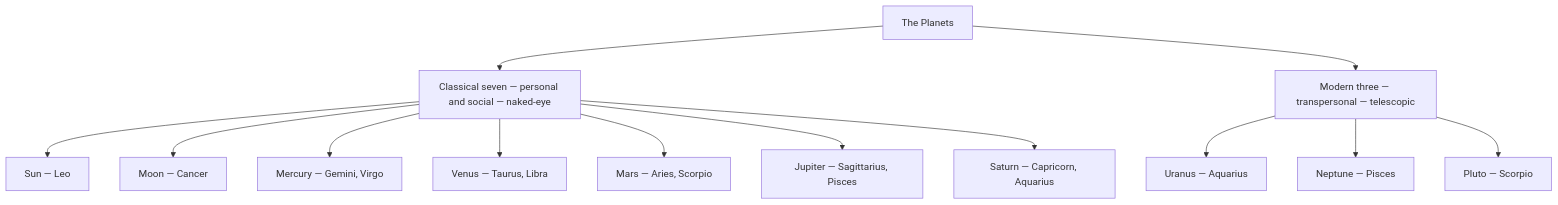
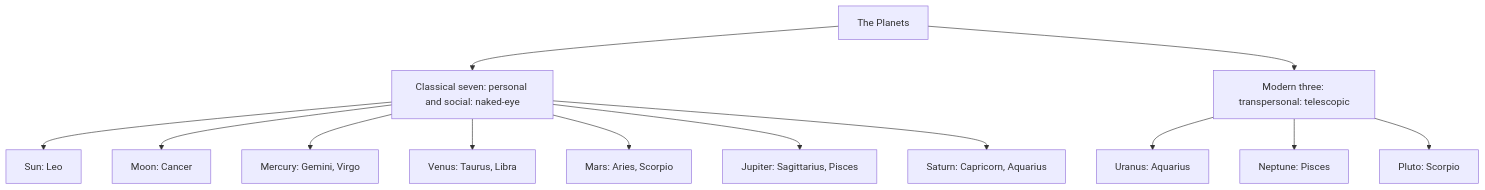
Before and after one commit to kennethreitz/kennethreitz.org: the diagram in data/knowledge/astrology/planets/index.md, drawn with Mermaid. The commit also changed other lines of this file and 879 other files, not shown here.

````diff
--- a/data/knowledge/astrology/planets/index.md
+++ b/data/knowledge/astrology/planets/index.md
@@ -18,16 +18,16 @@
 ```mermaid
 flowchart TD
     Pl["The Planets"]
-    Pl --> C["Classical seven — personal and social — naked-eye"]
-    Pl --> Mo["Modern three — transpersonal — telescopic"]
-    C --> Sun["Sun — Leo"]
-    C --> Moon["Moon — Cancer"]
-    C --> Mer["Mercury — Gemini, Virgo"]
-    C --> Ven["Venus — Taurus, Libra"]
-    C --> Mar["Mars — Aries, Scorpio"]
-    C --> Jup["Jupiter — Sagittarius, Pisces"]
-    C --> Sat["Saturn — Capricorn, Aquarius"]
-    Mo --> Ur["Uranus — Aquarius"]
-    Mo --> Nep["Neptune — Pisces"]
-    Mo --> Plu["Pluto — Scorpio"]
+    Pl --> C["Classical seven: personal and social: naked-eye"]
+    Pl --> Mo["Modern three: transpersonal: telescopic"]
+    C --> Sun["Sun: Leo"]
+    C --> Moon["Moon: Cancer"]
+    C --> Mer["Mercury: Gemini, Virgo"]
+    C --> Ven["Venus: Taurus, Libra"]
+    C --> Mar["Mars: Aries, Scorpio"]
+    C --> Jup["Jupiter: Sagittarius, Pisces"]
+    C --> Sat["Saturn: Capricorn, Aquarius"]
+    Mo --> Ur["Uranus: Aquarius"]
+    Mo --> Nep["Neptune: Pisces"]
+    Mo --> Plu["Pluto: Scorpio"]
 ```
````
